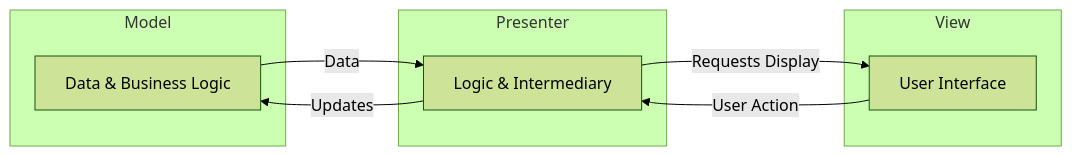
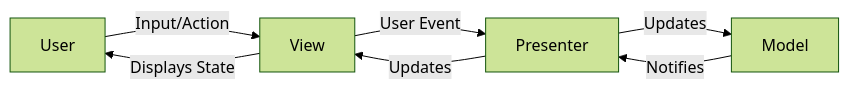
One commit to bmeurant/technical-docs changed the diagram in software-architecture/architectural-patterns/mvp.md. Above: the diagram before and after it, drawn with Mermaid (forest theme). The commit also changed 1 other file, not shown here.

Commit message:
docs(software-architecture): Add mermaid diagram to MVC

````diff
--- a/software-architecture/architectural-patterns/mvp.md
+++ b/software-architecture/architectural-patterns/mvp.md
@@ -20,19 +20,14 @@
 ```mermaid
 graph LR
-    subgraph Model
-        M[Data & Business Logic]
-    end
+    U[User]
+    M[Model]
+    V[View]
+    P[Presenter]
 
-    subgraph View
-        V[User Interface]
-    end
-
-    subgraph Presenter
-        P[Logic & Intermediary]
-    end
-
-    V -- "User Action" --> P
+    U -- "Input/Action" --> V
+    V -- "User Event" --> P
     P -- "Updates" --> M
-    P -- "Requests Display" --> V
-    M -- "Data" --> P
+    M -- "Notifies" --> P
+    P -- "Updates" --> V
+    V -- "Displays State" --> U
 ```
````
